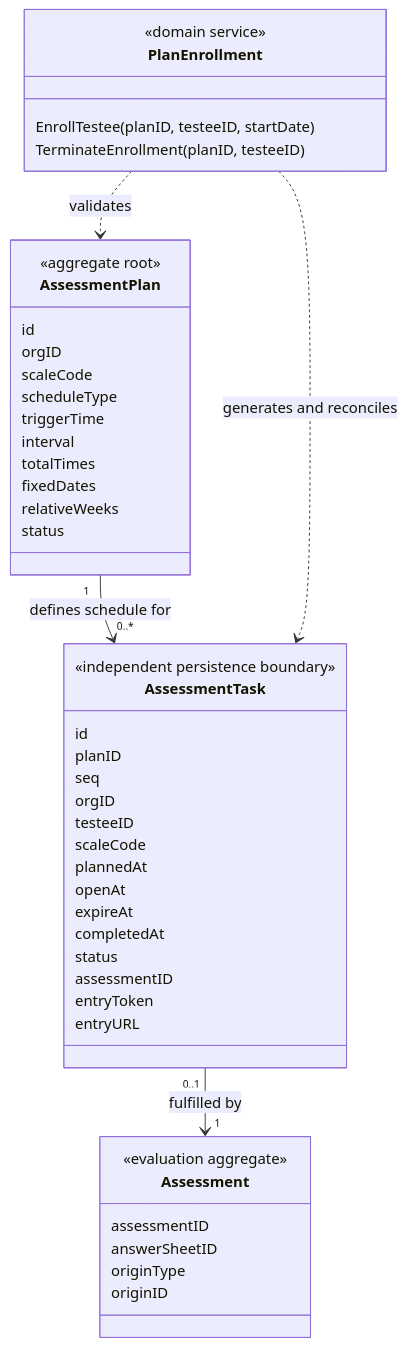
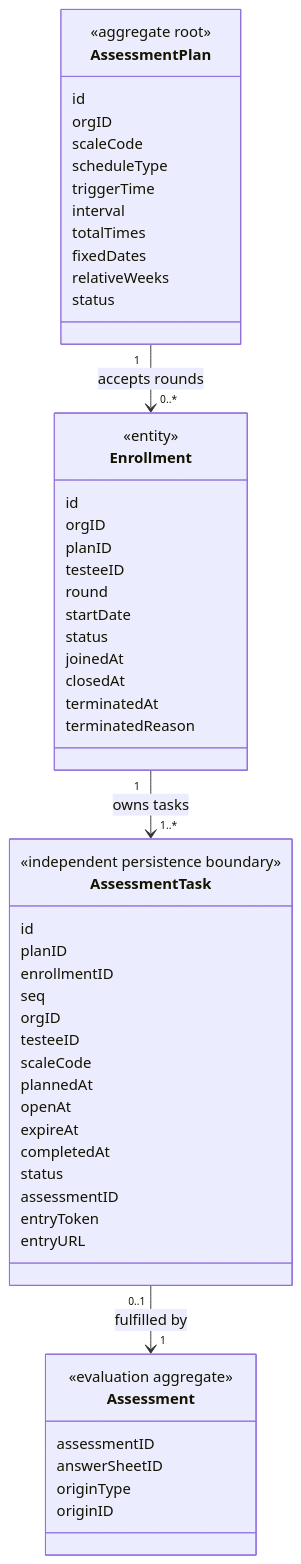
The first of 3 diagrams in docs/02-业务模块/60-plan/10-领域模型.md (FangcunMount/qs-server), drawn with Mermaid before and after one commit. The commit also changed other lines of this file and 16 other files, not shown here.

````diff
--- a/docs/02-业务模块/60-plan/10-领域模型.md
+++ b/docs/02-业务模块/60-plan/10-领域模型.md
@@ -32,53 +33,62 @@
 ```mermaid
 classDiagram
     class AssessmentPlan {
       <<aggregate root>>
       id
       orgID
       scaleCode
       scheduleType
       triggerTime
       interval
       totalTimes
       fixedDates
       relativeWeeks
       status
     }
 
-    class PlanEnrollment {
-      <<domain service>>
-      EnrollTestee(planID, testeeID, startDate)
-      TerminateEnrollment(planID, testeeID)
+    class Enrollment {
+      <<entity>>
+      id
+      orgID
+      planID
+      testeeID
+      round
+      startDate
+      status
+      joinedAt
+      closedAt
+      terminatedAt
+      terminatedReason
     }
 
     class AssessmentTask {
       <<independent persistence boundary>>
       id
       planID
+      enrollmentID
       seq
       orgID
       testeeID
       scaleCode
       plannedAt
       openAt
       expireAt
       completedAt
       status
       assessmentID
       entryToken
       entryURL
     }
 
     class Assessment {
       <<evaluation aggregate>>
       assessmentID
       answerSheetID
       originType
       originID
     }
 
-    AssessmentPlan "1" --> "0..*" AssessmentTask : defines schedule for
-    PlanEnrollment ..> AssessmentPlan : validates
-    PlanEnrollment ..> AssessmentTask : generates and reconciles
+    AssessmentPlan "1" --> "0..*" Enrollment : accepts rounds
+    Enrollment "1" --> "1..*" AssessmentTask : owns tasks
     AssessmentTask "0..1" --> "1" Assessment : fulfilled by
 ```
````
